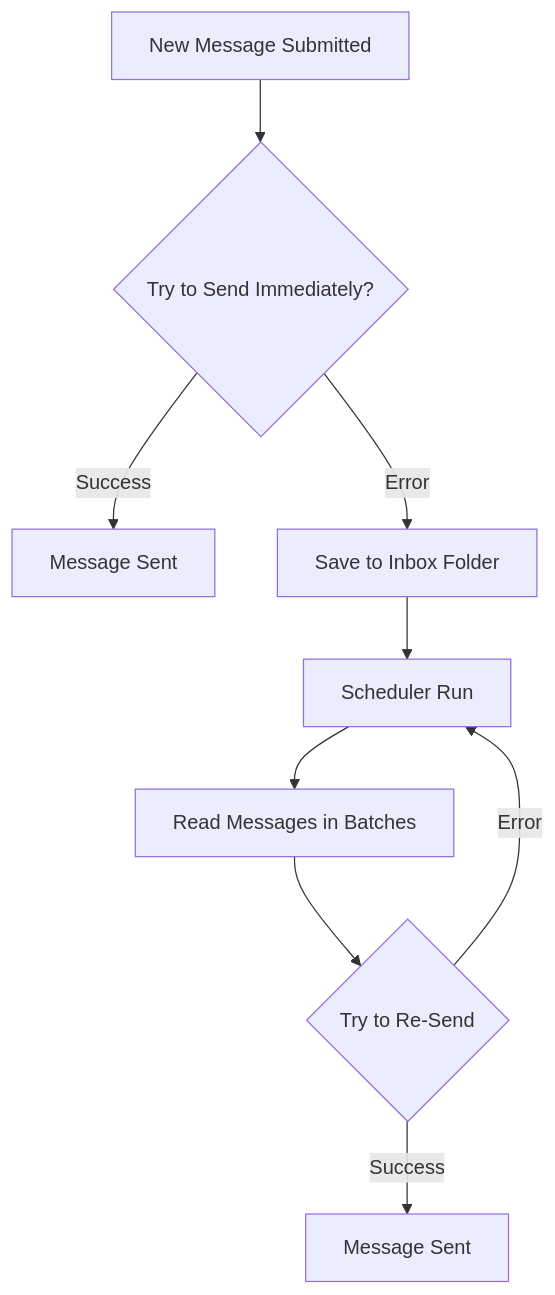
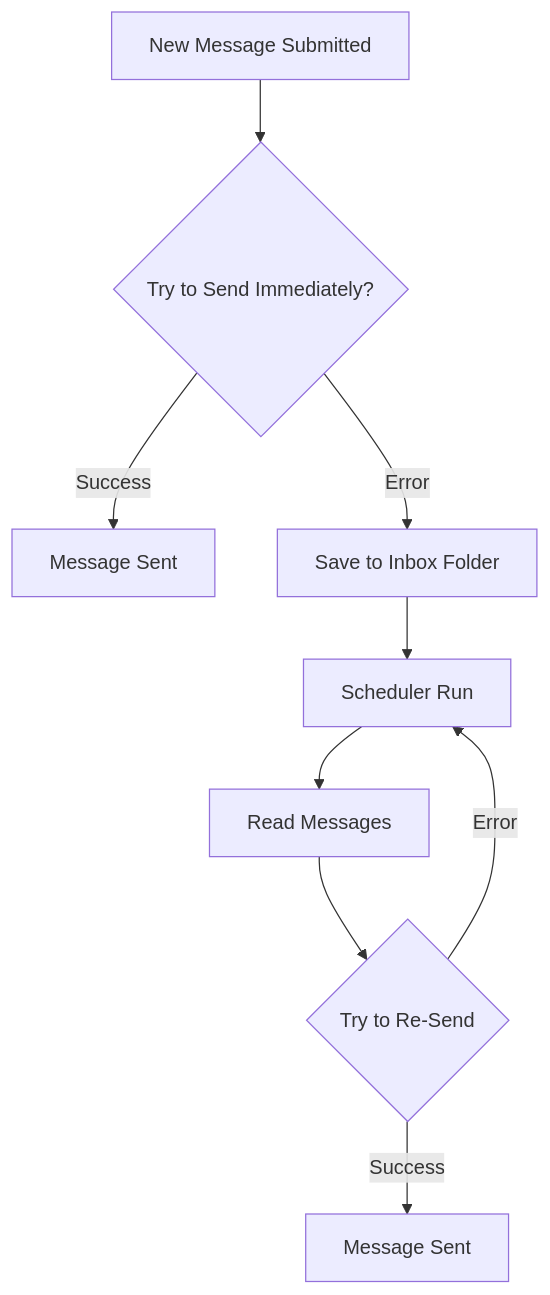
The second of 2 diagrams in readme.md (sultaniman/kpow), drawn with Mermaid before and after one commit.

````diff
--- a/readme.md
+++ b/readme.md
@@ -130,11 +130,11 @@
 ```mermaid
 flowchart TD
     A[New Message Submitted] --> B{Try to Send Immediately?}
     B -- Success --> C[Message Sent]
     B -- Error --> D[Save to Inbox Folder]
     D --> E[Scheduler Run]
-    E --> F[Read Messages in Batches]
+    E --> F[Read Messages]
     F --> G{Try to Re-Send}
     G -- Success --> H[Message Sent]
     G -- Error --> E
 ```
````
